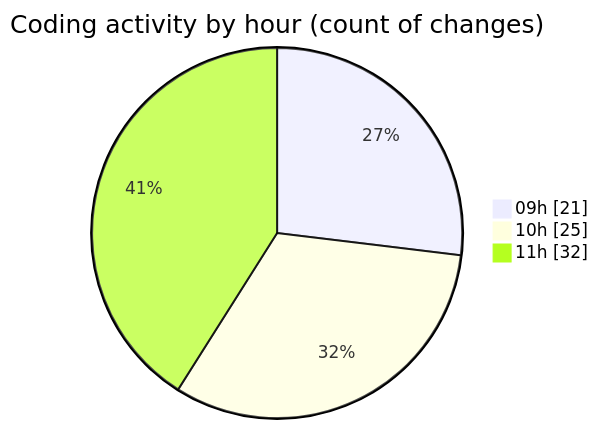
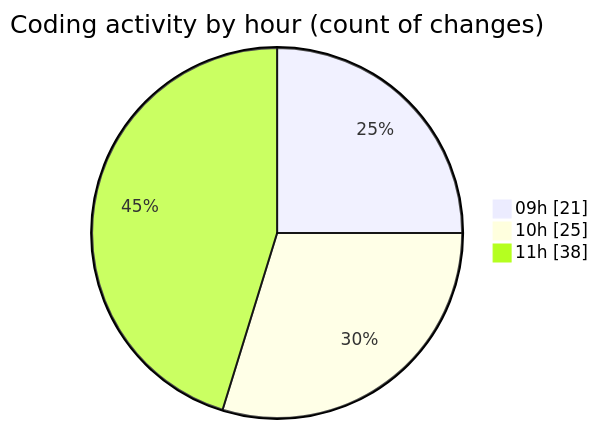
Before and after one commit to momahboobian/code-tracking: the second of 2 diagrams in 2025-12-01/cda/README.md, drawn with Mermaid. The commit also changed other lines of this file and 1 other file, not shown here.

````diff
--- a/2025-12-01/cda/README.md
+++ b/2025-12-01/cda/README.md
@@ -45,7 +45,7 @@
 ```mermaid
 pie showData
 title Coding activity by hour (count of changes)
 "09h" : 21
 "10h" : 25
-"11h" : 32
+"11h" : 38
 ```
````
